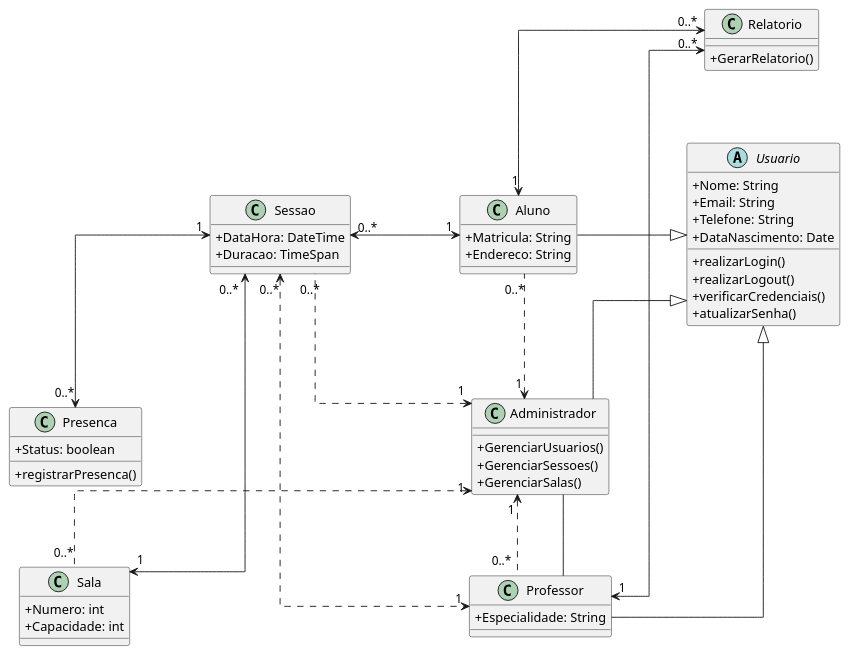
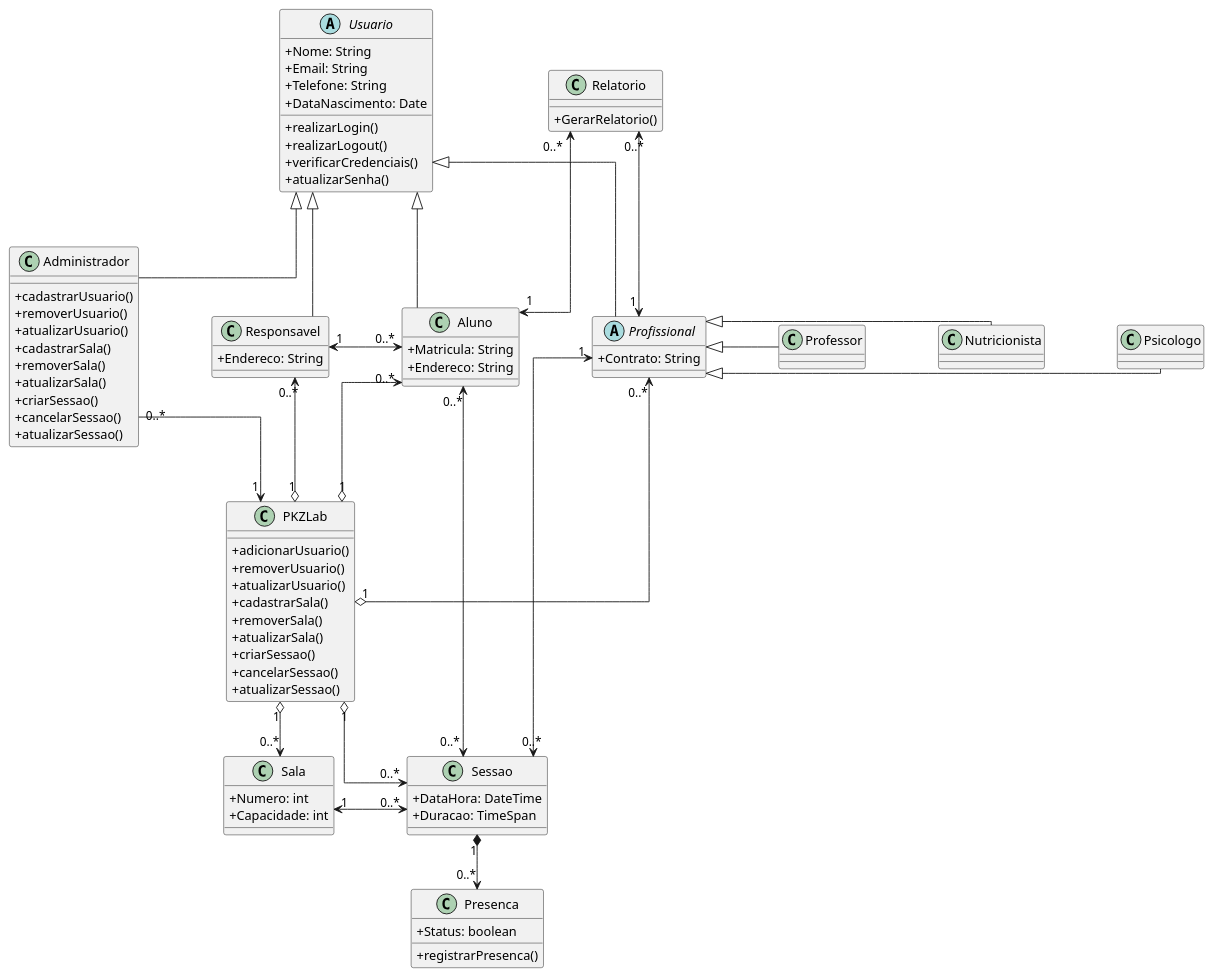
One commit to Projetos-de-Extensao/PECDII_26.2_8001_III changed the diagram in docs/Elaboracao/diagrama_de_classes_2.puml. Above: the diagram before and after it, drawn with PlantUML.

Commit message:
docs: continua o desenvolvimento do diagrama de classes v2

```diff
--- a/docs/Elaboracao/diagrama_de_classes_2.puml
+++ b/docs/Elaboracao/diagrama_de_classes_2.puml
@@ -1,74 +1,129 @@
 @startuml
 
 skinparam classAttributeIconSize 0
 skinparam linetype ortho
-skinparam nodesep 120
-skinparam ranksep 80
+skinparam nodesep 80
+skinparam ranksep 60
+
+' ==========================================
+' DECLARAÇÃO DAS CLASSES
+' ==========================================
 
 abstract class Usuario {
     + Nome: String
     + Email: String
     + Telefone: String
     + DataNascimento: Date
     + realizarLogin()
     + realizarLogout()
     + verificarCredenciais()
     + atualizarSenha()
 }
 
 class Administrador {
-    + GerenciarUsuarios()
-    + GerenciarSessoes()
-    + GerenciarSalas()
+    + cadastrarUsuario()
+    + removerUsuario()
+    + atualizarUsuario()
+    + cadastrarSala()
+    + removerSala()
+    + atualizarSala()
+    + criarSessao()
+    + cancelarSessao()
+    + atualizarSessao()
+}
+
+class Responsavel {
+    + Endereco: String
 }
 
 class Aluno {
     + Matricula: String
     + Endereco: String
+}
+
+abstract class Profissional {
+    + Contrato: String
+}
+
+class Professor {
+}
+
+class Psicologo {
+}
+
+class Nutricionista {
+}
+
+class PKZLab {
+    + adicionarUsuario()
+    + removerUsuario()
+    + atualizarUsuario()
+    + cadastrarSala()
+    + removerSala()
+    + atualizarSala()
+    + criarSessao()
+    + cancelarSessao()
+    + atualizarSessao()
 }
 
 class Relatorio {
     + GerarRelatorio()
 }
 
 class Sala {
     + Numero: int
     + Capacidade: int
 }
 
 class Sessao {
     + DataHora: DateTime
     + Duracao: TimeSpan
 }
 
 class Presenca {
     + Status: boolean
     + registrarPresenca()
 }
 
-class Professor {
-    + Especialidade: String
-}
+' ==========================================
+' ESTRUTURA DE GRADE (ALINHAMENTO VISUAL)
+' ==========================================
 
+' --- LINHA 1 para LINHA 2: Herança de Usuario ---
+Usuario <|-- Administrador
+Usuario <|-- Responsavel
+Usuario <|-- Aluno
+Usuario <|-- Profissional
 
-Usuario <|-- Administrador
-Usuario <|-l- Aluno
-Usuario <|-- Professor
+' Trava a ordem horizontal da Linha 2:
+Administrador -[hidden]right-> Responsavel
+Responsavel "1" <-right-> "0..*" Aluno
+Aluno -[hidden]right-> Profissional
 
-Administrador "1" <.. "0..*" Sessao
-Administrador "1" <.. "0..*" Sala
-Administrador "1" <.. "0..*" Aluno
-Administrador "1" <.. "0..*" Professor
-Administrador -- Professor
+' --- Herança de Profissional (Empilhados à Direita) ---
+' 1. Posiciona as 3 subclasses na coluna à direita de Profissional:
+Profissional <|-right- Psicologo
+Profissional <|-right- Nutricionista
+Profissional <|-right- Professor
 
-Aluno "1" <-left-> "0..*" Sessao
+' --- LINHA 2 para LINHA 3: PKZLab (Esquerda) e Relatorio (Centro-Direita) ---
+Administrador "0..*" --> "1" PKZLab
+Responsavel "0..*" <--o "1" PKZLab
+Aluno "0..*" <--o "1" PKZLab
+Profissional "0..*" <--o "1" PKZLab
 
-Sessao "0..*" <--> "1" Sala
-Sessao "0..*" <..> "1" Professor
-Sessao  "1" <--> "0..*" Presenca
+Aluno "1" <-up-> "0..*" Relatorio
+Profissional "1" <--> "0..*" Relatorio
 
-Relatorio "0..*" <--> "1" Aluno
-Relatorio "0..*" <--> "1" Professor
+' --- LINHA 3 para LINHA 4: Sala, Sessao e Presenca ---
+PKZLab "1" o--> "0..*" Sala
+PKZLab "1" o--> "0..*" Sessao
 
+Aluno "0..*" <---> "0..*" Sessao
+Profissional "1" <---> "0..*" Sessao
+
+' Trava a ordem horizontal da Linha 4 (Base):
+Sala "1" <-right-> "0..*" Sessao
+Sessao "1" *-down-> "0..*" Presenca
 
 @enduml
```
